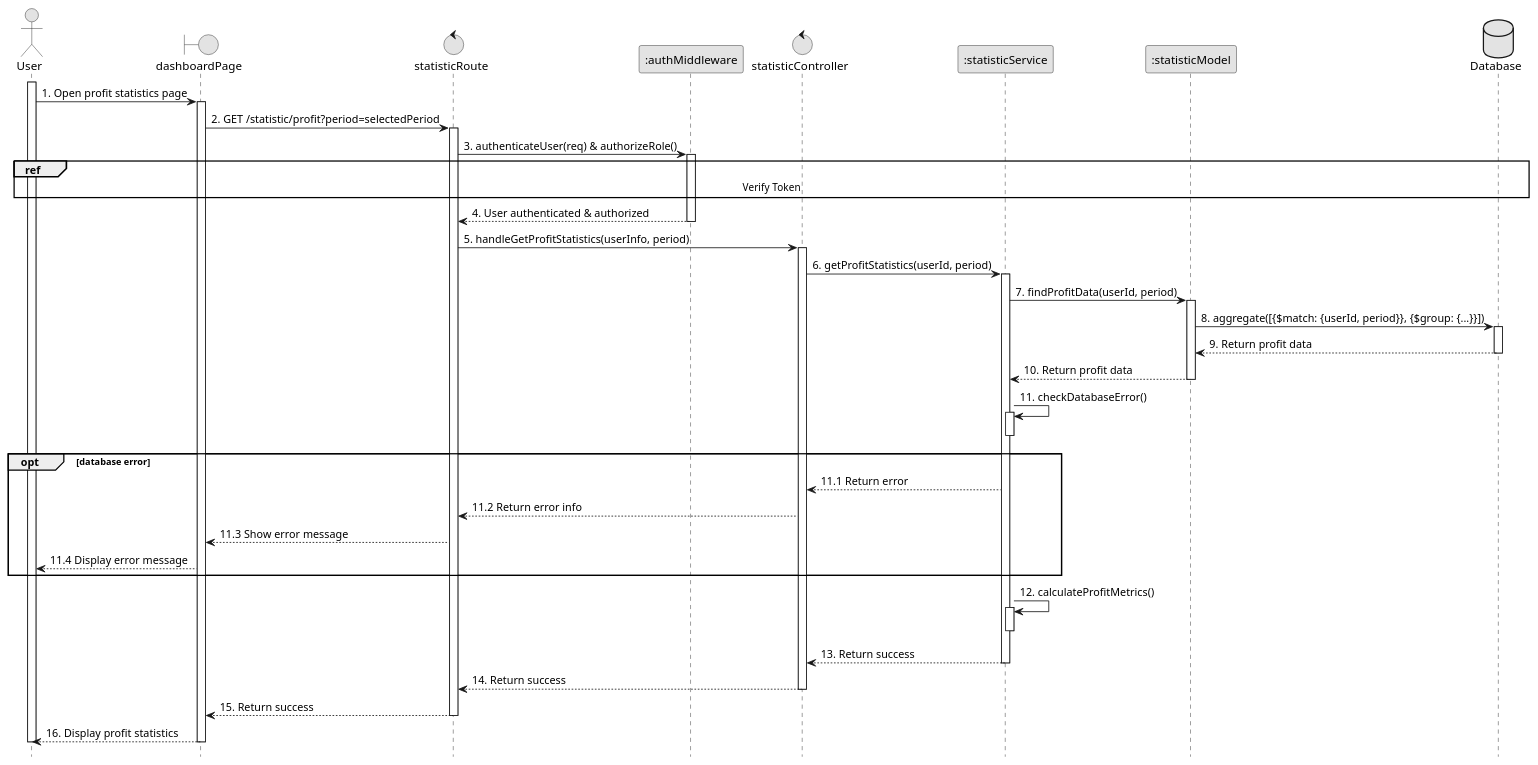
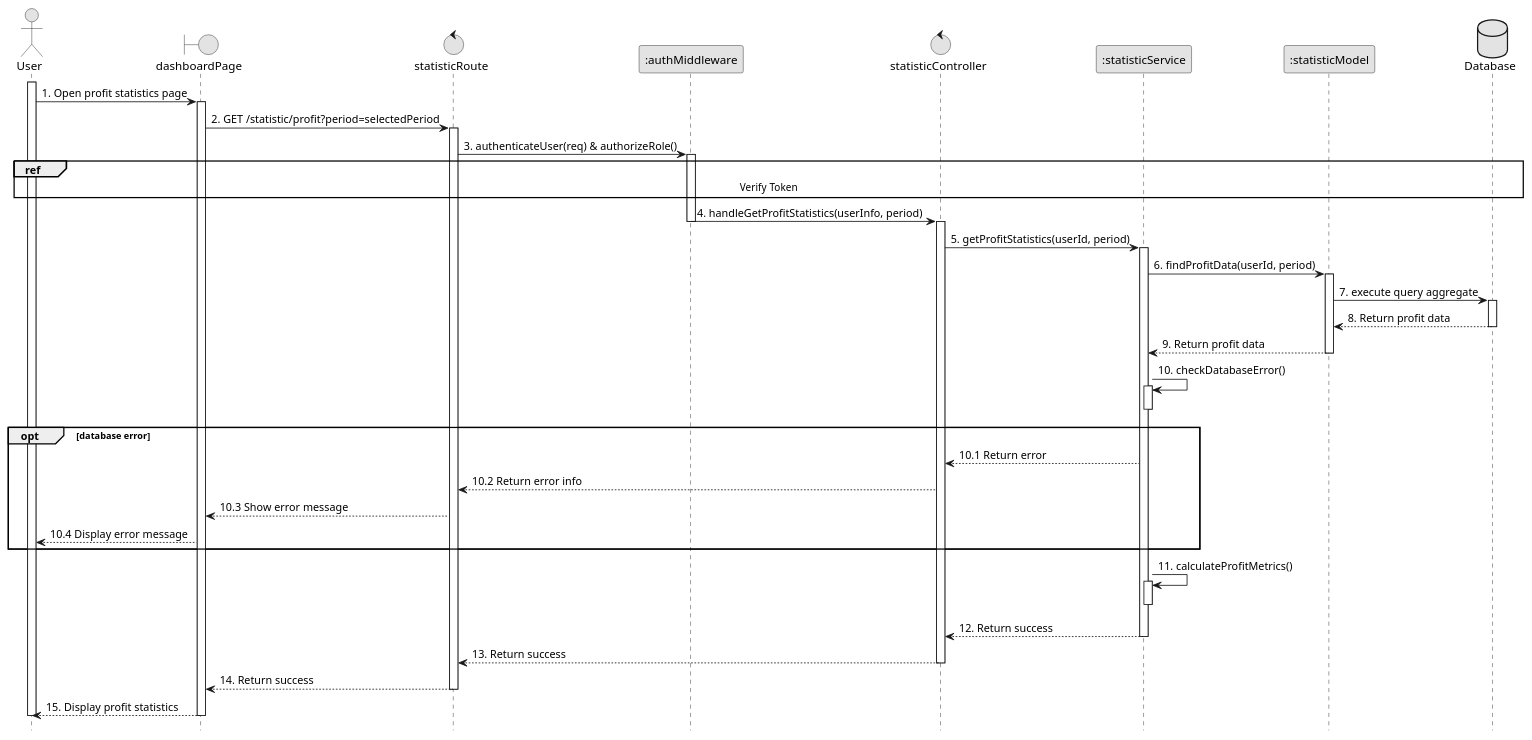
One commit to VietDurian/VietDurian changed the diagram in planuml/web/11.3_profitStatistics.puml. Above: the diagram before and after it, drawn with PlantUML. The commit also changed 22 other files, not shown here.

Commit message:
ViVLT: Edit sequences

```diff
--- a/planuml/web/11.3_profitStatistics.puml
+++ b/planuml/web/11.3_profitStatistics.puml
@@ -1,60 +1,59 @@
 @startuml 11.3_profitStatistics
 skinparam monochrome true
 skinparam shadowing false
 skinparam sequenceArrowThickness 1
 hide footbox
 
 actor User
 boundary dashboardPage as UI
 control statisticRoute as Route
 participant ":authMiddleware" as Middleware
 control statisticController as Controller
 participant ":statisticService" as Service
 participant ":statisticModel" as Model
 database Database as DB
 
 activate User
 User -> UI : 1. Open profit statistics page
 activate UI
 UI -> Route : 2. GET /statistic/profit?period=selectedPeriod
 activate Route
 Route -> Middleware : 3. authenticateUser(req) & authorizeRole()
 activate Middleware
 ref over User, DB: Verify Token
-Middleware --> Route : 4. User authenticated & authorized
+Middleware -> Controller : 4. handleGetProfitStatistics(userInfo, period)
 deactivate Middleware
-Route -> Controller : 5. handleGetProfitStatistics(userInfo, period)
 activate Controller
-Controller -> Service : 6. getProfitStatistics(userId, period)
+Controller -> Service : 5. getProfitStatistics(userId, period)
 activate Service
-Service -> Model : 7. findProfitData(userId, period)
+Service -> Model : 6. findProfitData(userId, period)
 activate Model
-Model -> DB : 8. aggregate([{$match: {userId, period}}, {$group: {...}}])
+Model -> DB : 7. execute query aggregate
 activate DB
-DB --> Model : 9. Return profit data
+DB --> Model : 8. Return profit data
 deactivate DB
-Model --> Service : 10. Return profit data
+Model --> Service : 9. Return profit data
 deactivate Model
-Service -> Service : 11. checkDatabaseError()
+Service -> Service : 10. checkDatabaseError()
 activate Service
 deactivate Service
 opt database error
-    Service --> Controller : 11.1 Return error
-    Controller --> Route : 11.2 Return error info
-    Route --> UI : 11.3 Show error message
-    UI --> User : 11.4 Display error message
+    Service --> Controller : 10.1 Return error
+    Controller --> Route : 10.2 Return error info
+    Route --> UI : 10.3 Show error message
+    UI --> User : 10.4 Display error message
 end
-Service -> Service : 12. calculateProfitMetrics()
+Service -> Service : 11. calculateProfitMetrics()
 activate Service
 deactivate Service
-Service --> Controller : 13. Return success
+Service --> Controller : 12. Return success
 deactivate Service
-Controller --> Route : 14. Return success
+Controller --> Route : 13. Return success
 deactivate Controller
-Route --> UI : 15. Return success
+Route --> UI : 14. Return success
 deactivate Route
-UI --> User : 16. Display profit statistics
+UI --> User : 15. Display profit statistics
 deactivate UI
 deactivate User
 
 @enduml
```
